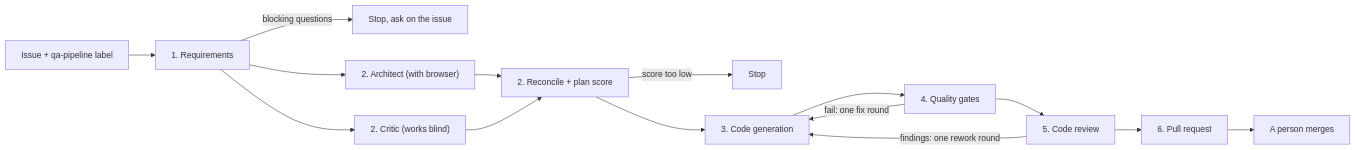
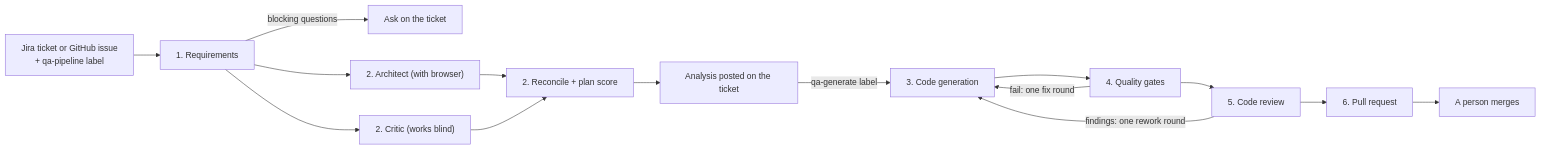
One commit to Beherrit/agentic-qa-playwright changed the diagram in README.md. Above: the diagram before and after it, drawn with Mermaid. The commit also changed other lines of this file and 31 other files, not shown here.

````diff
--- a/README.md
+++ b/README.md
@@ -11,17 +11,17 @@
 ```mermaid
 flowchart LR
-  I["Issue + qa-pipeline label"] --> R["1. Requirements"]
-  R -->|blocking questions| Q["Stop, ask on the issue"]
+  J["Jira ticket or GitHub issue<br>+ qa-pipeline label"] --> R["1. Requirements"]
+  R -->|blocking questions| Q["Ask on the ticket"]
   R --> A["2. Architect (with browser)"]
   R --> C["2. Critic (works blind)"]
   A --> M["2. Reconcile + plan score"]
   C --> M
-  M -->|score too low| X["Stop"]
-  M --> G["3. Code generation"]
+  M --> N["Analysis posted on the ticket"]
+  N -->|"qa-generate label"| G["3. Code generation"]
   G --> T["4. Quality gates"]
   T -->|"fail: one fix round"| G
   T --> V["5. Code review"]
   V -->|"findings: one rework round"| G
   V --> P["6. Pull request"]
   P --> H["A person merges"]
 ```
````
